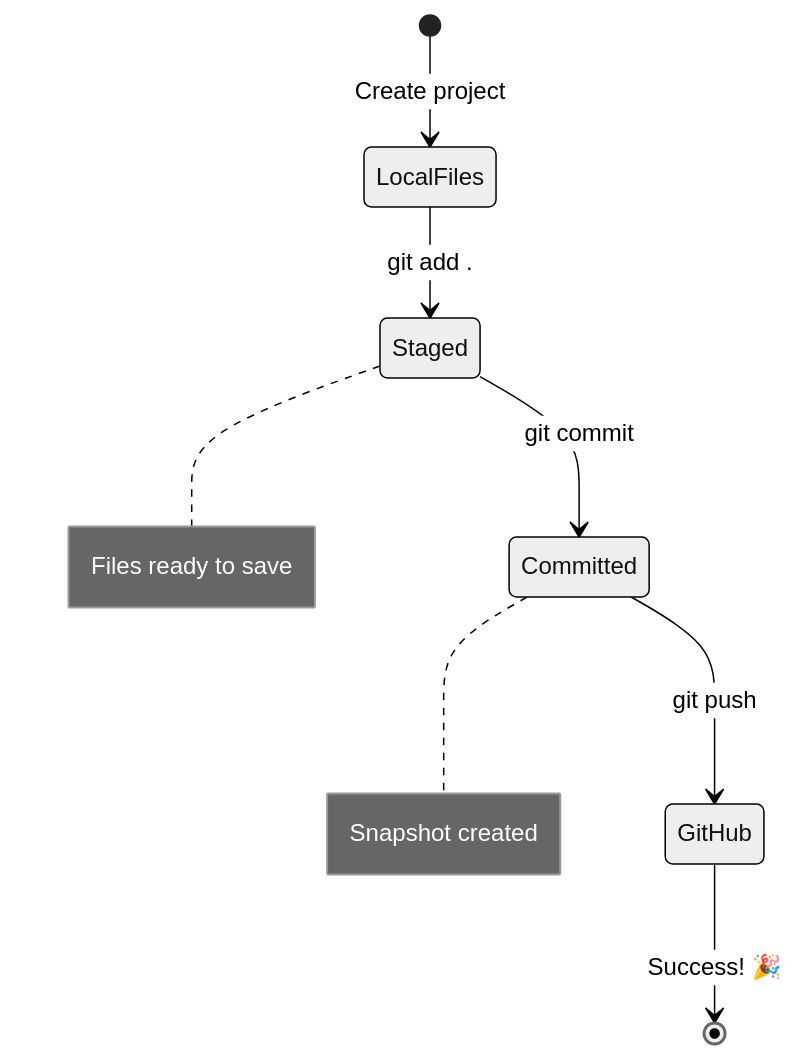
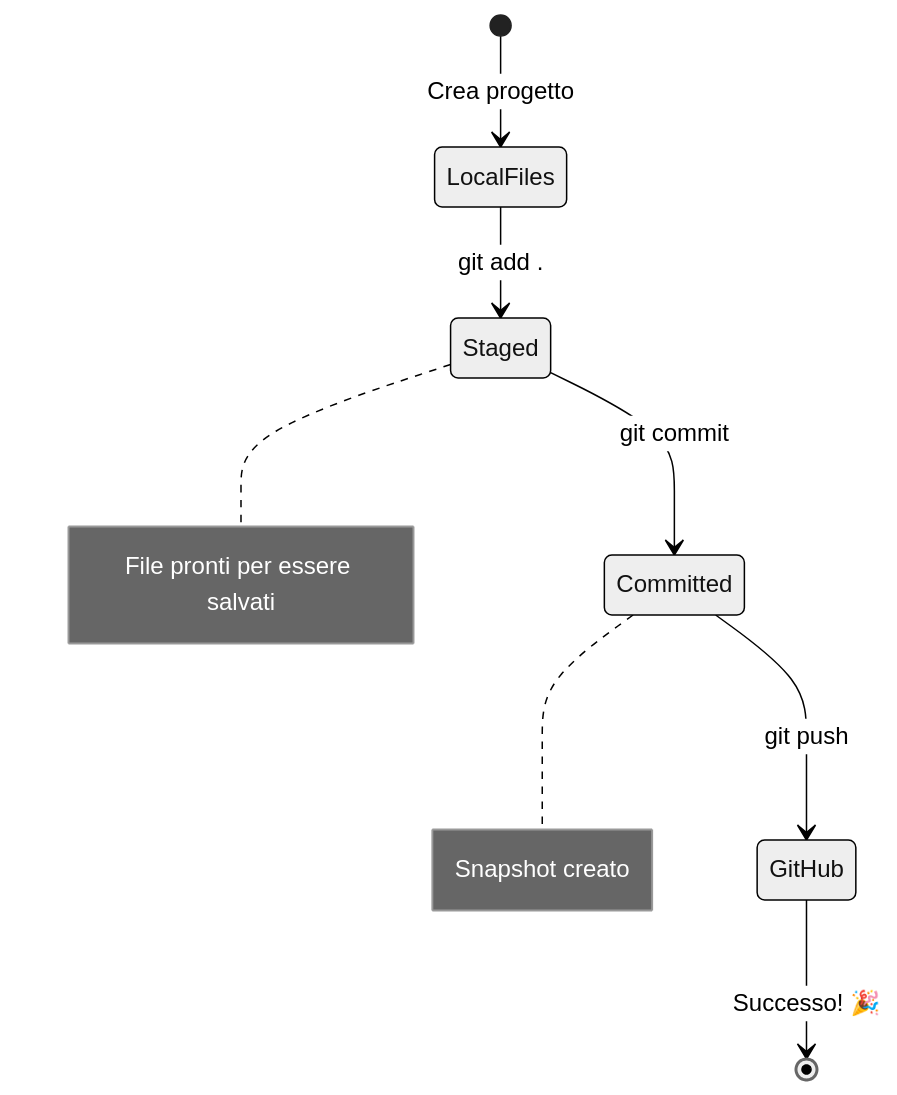
The third of 7 diagrams in translations/it/1-getting-started-lessons/2-github-basics/README.md (microsoft/Web-Dev-For-Beginners), drawn with Mermaid (neutral theme) before and after one commit. The commit also changed other lines of this file and 17 other files, not shown here.

````diff
--- a/translations/it/1-getting-started-lessons/2-github-basics/README.md
+++ b/translations/it/1-getting-started-lessons/2-github-basics/README.md
@@ -340,16 +338,16 @@
 ```mermaid
 stateDiagram-v2
-    [*] --> LocalFiles: Create project
+    [*] --> LocalFiles: Crea progetto
     LocalFiles --> Staged: git add .
     Staged --> Committed: git commit
     Committed --> GitHub: git push
-    GitHub --> [*]: Success! 🎉
+    GitHub --> [*]: Successo! 🎉
     
     note right of Staged
-        Files ready to save
+        File pronti per essere salvati
     end note
     
     note right of Committed
-        Snapshot created
+        Snapshot creato
     end note
 ```
````
